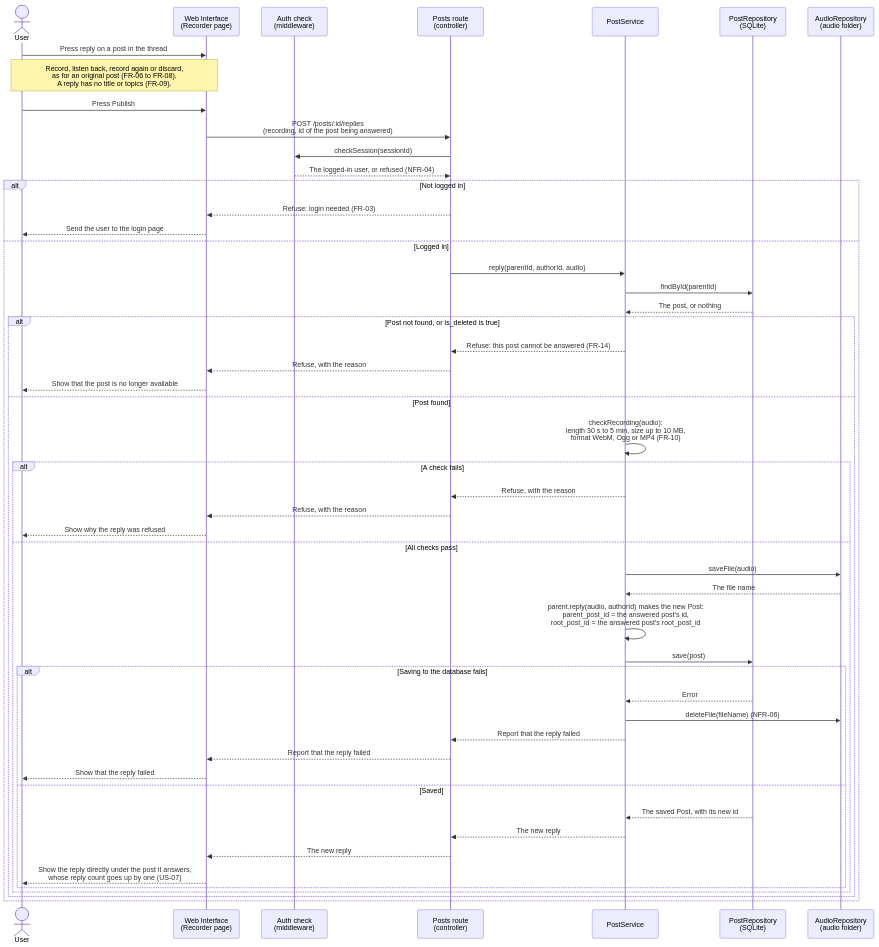
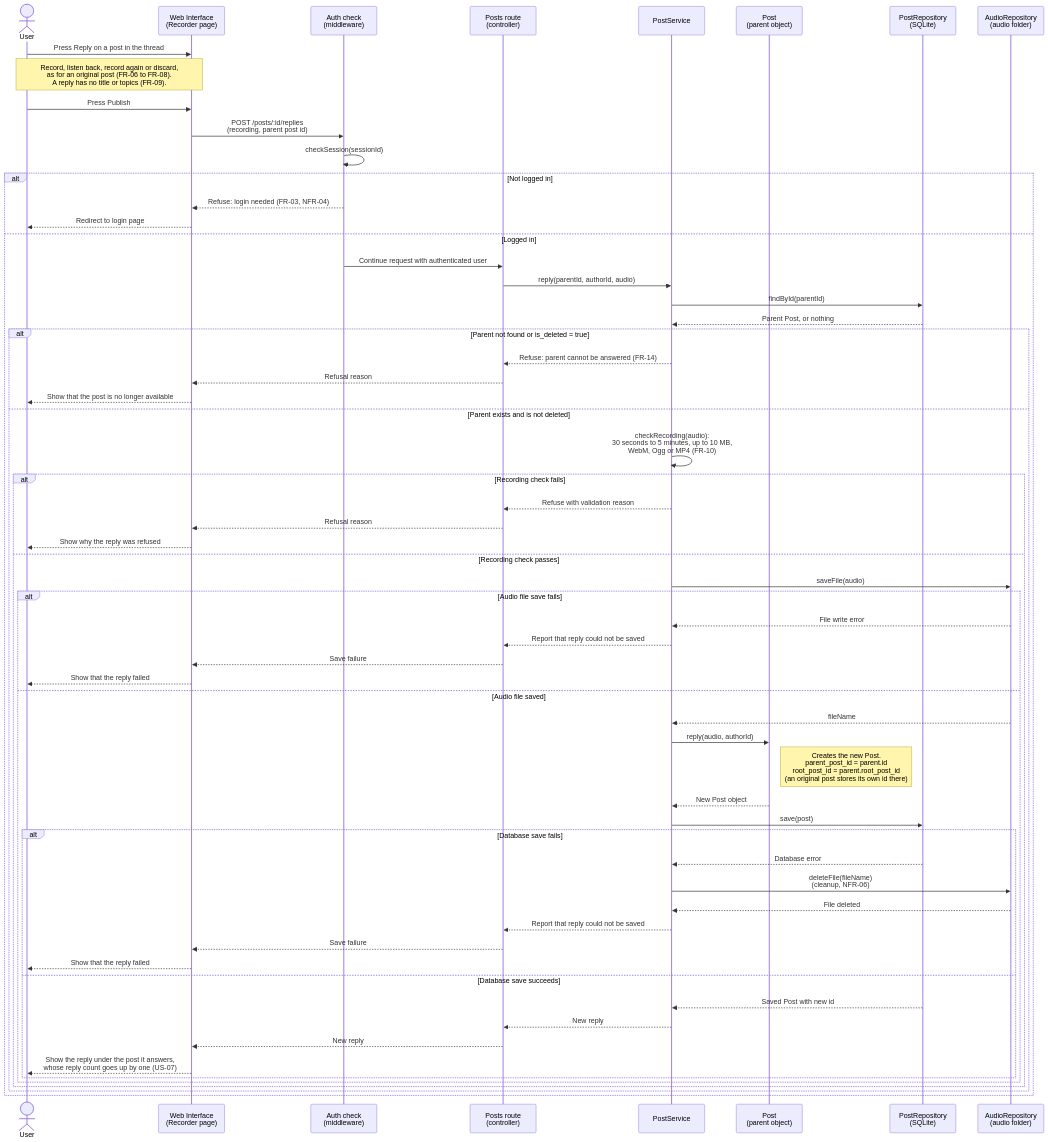
One commit to alafwaj/VoiceThread changed the diagram in docs/uml/sequence-reply.md. Above: the diagram before and after it, drawn with Mermaid. The commit also changed other lines of this file and 2 other files, not shown here.

Commit message:
docs(uml): address review comments on #108

````diff
--- a/docs/uml/sequence-reply.md
+++ b/docs/uml/sequence-reply.md
@@ -13,54 +13,65 @@
 ```mermaid
 sequenceDiagram
     actor U as User
     participant UI as Web Interface<br/>(Recorder page)
     participant AC as Auth check<br/>(middleware)
     participant PR as Posts route<br/>(controller)
     participant PS as PostService
-    participant PRp as PostRepository<br/>(SQLite)
+    participant Parent as Post<br/>(parent object)
+    participant Repo as PostRepository<br/>(SQLite)
     participant AR as AudioRepository<br/>(audio folder)
 
-    U->>UI: Press reply on a post in the thread
+    U->>UI: Press Reply on a post in the thread
     Note over U,UI: Record, listen back, record again or discard,<br/>as for an original post (FR-06 to FR-08).<br/>A reply has no title or topics (FR-09).
     U->>UI: Press Publish
-    UI->>PR: POST /posts/:id/replies<br/>(recording, id of the post being answered)
-    PR->>AC: checkSession(sessionId)
-    AC-->>PR: The logged-in user, or refused (NFR-04)
+    UI->>AC: POST /posts/:id/replies<br/>(recording, parent post id)
+    AC->>AC: checkSession(sessionId)
     alt Not logged in
-        PR-->>UI: Refuse: login needed (FR-03)
-        UI-->>U: Send the user to the login page
+        AC-->>UI: Refuse: login needed (FR-03, NFR-04)
+        UI-->>U: Redirect to login page
     else Logged in
+        AC->>PR: Continue request with authenticated user
         PR->>PS: reply(parentId, authorId, audio)
-        PS->>PRp: findById(parentId)
-        PRp-->>PS: The post, or nothing
-        alt Post not found, or is_deleted is true
-            PS-->>PR: Refuse: this post cannot be answered (FR-14)
-            PR-->>UI: Refuse, with the reason
+        PS->>Repo: findById(parentId)
+        Repo-->>PS: Parent Post, or nothing
+        alt Parent not found or is_deleted = true
+            PS-->>PR: Refuse: parent cannot be answered (FR-14)
+            PR-->>UI: Refusal reason
             UI-->>U: Show that the post is no longer available
-        else Post found
-            PS->>PS: checkRecording(audio):<br/>length 30 s to 5 min, size up to 10 MB,<br/>format WebM, Ogg or MP4 (FR-10)
-            alt A check fails
-                PS-->>PR: Refuse, with the reason
-                PR-->>UI: Refuse, with the reason
+        else Parent exists and is not deleted
+            PS->>PS: checkRecording(audio):<br/>30 seconds to 5 minutes, up to 10 MB,<br/>WebM, Ogg or MP4 (FR-10)
+            alt Recording check fails
+                PS-->>PR: Refuse with validation reason
+                PR-->>UI: Refusal reason
                 UI-->>U: Show why the reply was refused
-            else All checks pass
+            else Recording check passes
                 PS->>AR: saveFile(audio)
-                AR-->>PS: The file name
-                PS->>PS: parent.reply(audio, authorId) makes the new Post:<br/>parent_post_id = the answered post's id,<br/>root_post_id = the answered post's root_post_id
-                PS->>PRp: save(post)
-                alt Saving to the database fails
-                    PRp-->>PS: Error
-                    PS->>AR: deleteFile(fileName) (NFR-06)
-                    PS-->>PR: Report that the reply failed
-                    PR-->>UI: Report that the reply failed
+                alt Audio file save fails
+                    AR-->>PS: File write error
+                    PS-->>PR: Report that reply could not be saved
+                    PR-->>UI: Save failure
                     UI-->>U: Show that the reply failed
-                else Saved
-                    PRp-->>PS: The saved Post, with its new id
-                    PS-->>PR: The new reply
-                    PR-->>UI: The new reply
-                    UI-->>U: Show the reply directly under the post it answers,<br/>whose reply count goes up by one (US-07)
+                else Audio file saved
+                    AR-->>PS: fileName
+                    PS->>Parent: reply(audio, authorId)
+                    Note right of Parent: Creates the new Post.<br/>parent_post_id = parent.id<br/>root_post_id = parent.root_post_id<br/>(an original post stores its own id there)
+                    Parent-->>PS: New Post object
+                    PS->>Repo: save(post)
+                    alt Database save fails
+                        Repo-->>PS: Database error
+                        PS->>AR: deleteFile(fileName)<br/>(cleanup, NFR-06)
+                        AR-->>PS: File deleted
+                        PS-->>PR: Report that reply could not be saved
+                        PR-->>UI: Save failure
+                        UI-->>U: Show that the reply failed
+                    else Database save succeeds
+                        Repo-->>PS: Saved Post with new id
+                        PS-->>PR: New reply
+                        PR-->>UI: New reply
+                        UI-->>U: Show the reply under the post it answers,<br/>whose reply count goes up by one (US-07)
+                    end
                 end
             end
         end
     end
 ```
````
